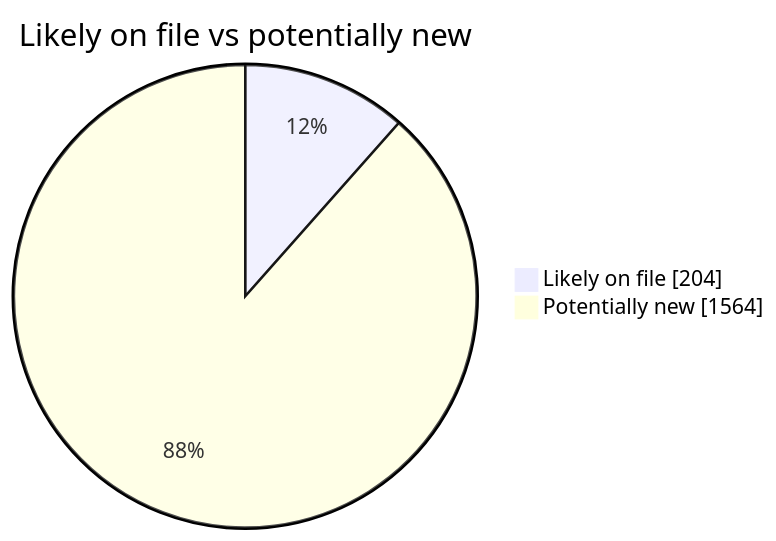
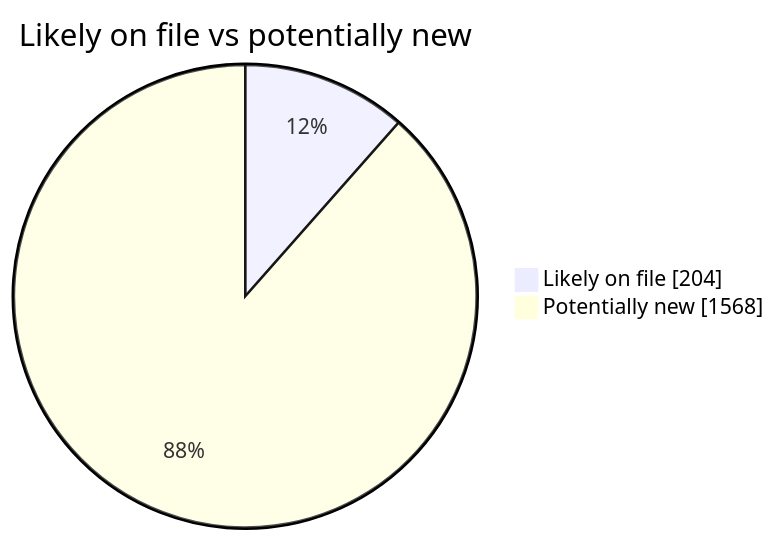
Before and after one commit to martinbalfanz/social-scanner-reports: the second of 4 diagrams in README.md, drawn with Mermaid. The commit also changed other lines of this file and 4 other files, not shown here.

````diff
--- a/README.md
+++ b/README.md
@@ -40,5 +40,5 @@
 ```mermaid
 pie showData title Likely on file vs potentially new
     "Likely on file" : 204
-    "Potentially new" : 1564
+    "Potentially new" : 1568
 ```
````
